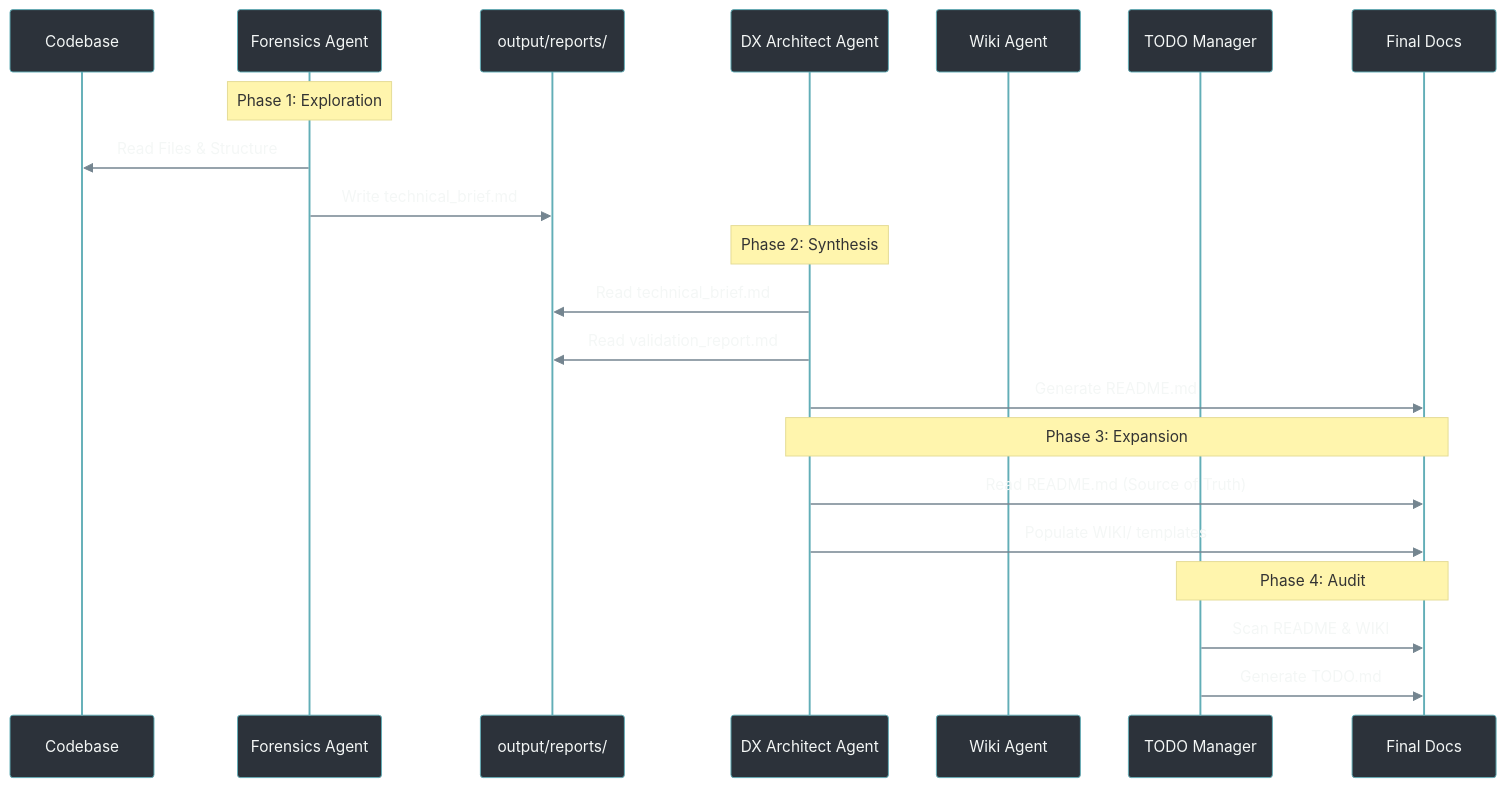
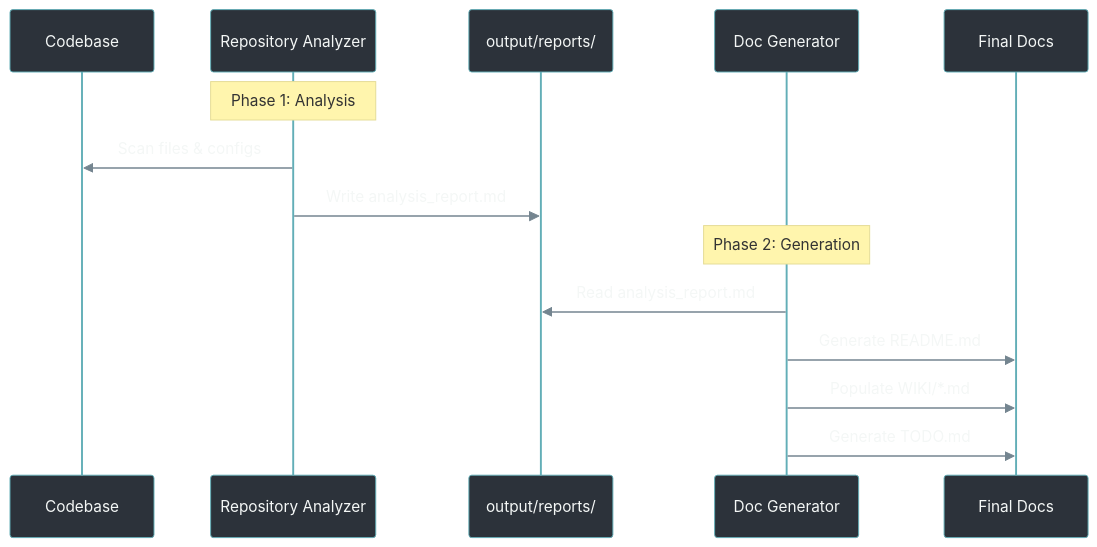
The second of 2 diagrams in README.md (pr0methevs/agentic-doc-generator), drawn with Mermaid before and after one commit. The commit also changed other lines of this file and 8 other files, not shown here.

Commit message:
refactor: consolidate 6-agent pipeline into 3 for improved context efficiency

````diff
--- a/README.md
+++ b/README.md
@@ -131,30 +83,20 @@
 ```mermaid
 sequenceDiagram
-    %% Nordic Slate Theme Config
-    %%{init: {'theme': 'base', 'themeVariables': { 'primaryColor': '#395671', 'primaryTextColor': '#f4f7f6', 'edgeLabelBackground':'#2c323a', 'actorBorder': '#62aeb7', 'actorBkg': '#2c323a', 'signalColor': '#748590', 'signalTextColor': '#f4f7f6', 'textColor': '#f4f7f6', 'mainBkg': '#2c323a', 'sequenceNumberColor': '#62aeb7', 'activationBorderColor': '#62aeb7'}}}%%
+    %%{init: {'theme': 'base', 'themeVariables': { 'primaryColor': '#395671', 'primaryTextColor': '#f4f7f6', 'edgeLabelBackground':'#2c323a', 'actorBorder': '#62aeb7', 'actorBkg': '#2c323a', 'signalColor': '#748590', 'signalTextColor': '#f4f7f6', 'textColor': '#f4f7f6', 'mainBkg': '#2c323a'}}}%%
     
     participant Repo as Codebase
-    participant Forensics as Forensics Agent
+    participant Analyzer as Repository Analyzer
     participant Context as output/reports/
-    participant DX as DX Architect Agent
-    participant WikiExp as Wiki Agent
-    participant TodoMgr as TODO Manager
+    participant Generator as Doc Generator
     participant Docs as Final Docs
 
-    Note over Forensics: Phase 1: Exploration
-    Forensics->>Repo: Read Files & Structure
-    Forensics->>Context: Write technical_brief.md
+    Note over Analyzer: Phase 1: Analysis
+    Analyzer->>Repo: Scan files & configs
+    Analyzer->>Context: Write analysis_report.md
     
-    Note over DX: Phase 2: Synthesis
-    DX->>Context: Read technical_brief.md
-    DX->>Context: Read validation_report.md
-    DX->>Docs: Generate README.md
-    
-    Note over DX, Docs: Phase 3: Expansion
-    DX->>Docs: Read README.md (Source of Truth)
-    DX->>Docs: Populate WIKI/ templates
-
-    Note over TodoMgr, Docs: Phase 4: Audit
-    TodoMgr->>Docs: Scan README & WIKI
-    TodoMgr->>Docs: Generate TODO.md
+    Note over Generator: Phase 2: Generation
+    Generator->>Context: Read analysis_report.md
+    Generator->>Docs: Generate README.md
+    Generator->>Docs: Populate WIKI/*.md
+    Generator->>Docs: Generate TODO.md
 ```
````
